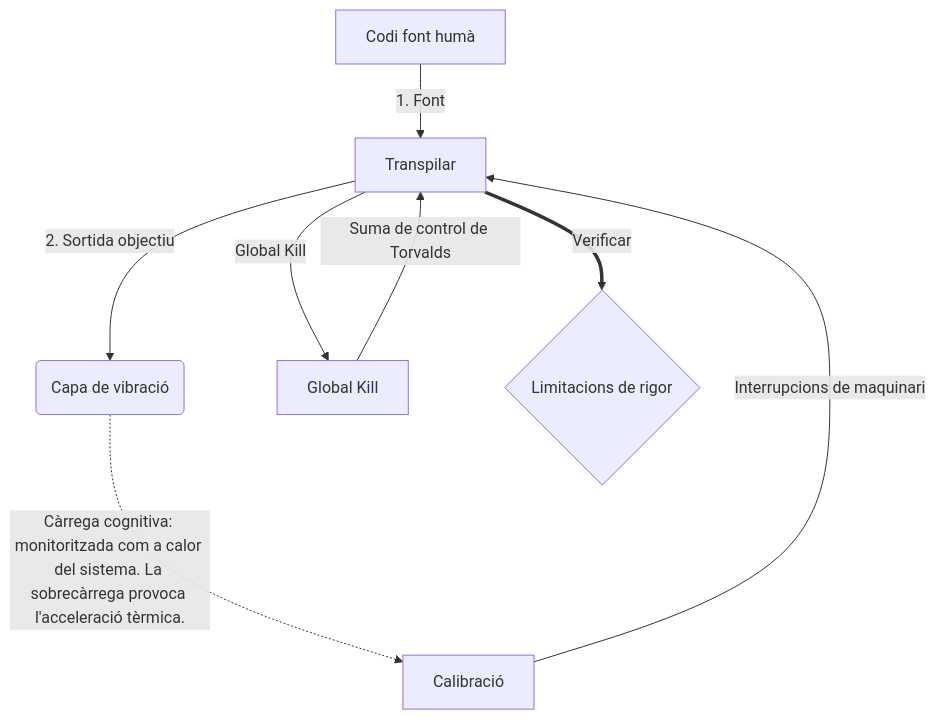
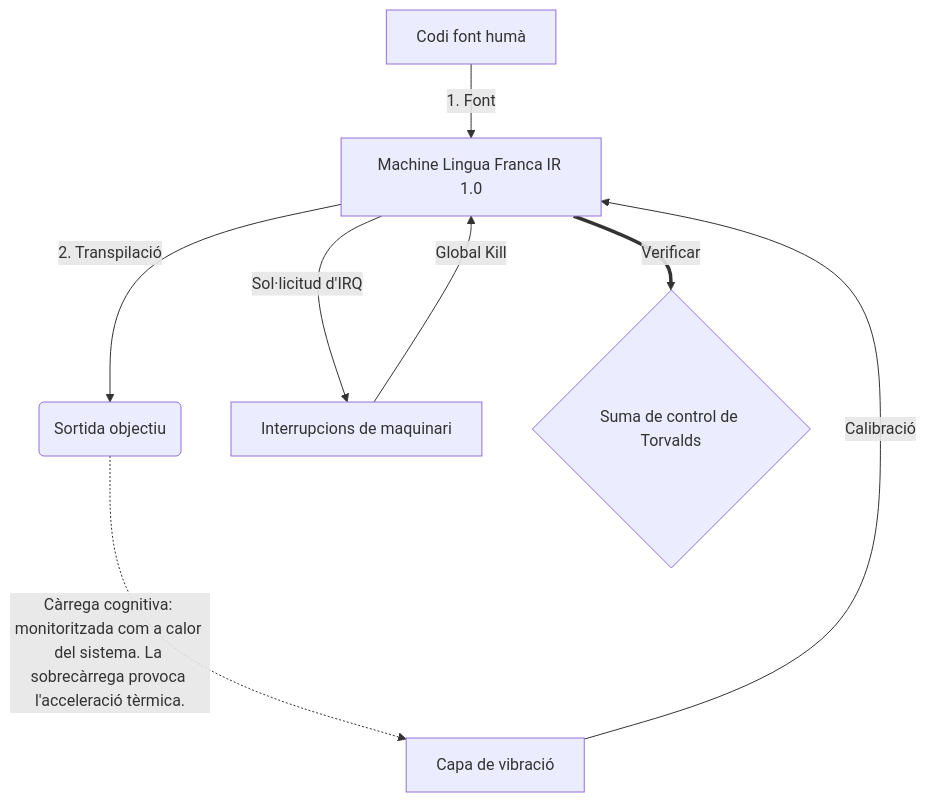
Before and after one commit to 0compute/machine: the diagram in README.hacker.ca.md, drawn with Mermaid. The commit also changed other lines of this file and 103 other files, not shown here.

````diff
--- a/README.hacker.ca.md
+++ b/README.hacker.ca.md
@@ -93,10 +93,10 @@
 ```mermaid
 graph TD
-    A[Codi font humà] -->|1. Font| B[Transpilar]
-    B -->|2. Sortida objectiu| C(Capa de vibració)
-    C -.->|Càrrega cognitiva: monitoritzada com a calor del sistema. La sobrecàrrega provoca l'acceleració tèrmica.| G[Calibració]
-    G -->|Interrupcions de maquinari| B
-    B -->|Global Kill| H[Global Kill]
-    H -->|Suma de control de Torvalds| B
-    B == Verificar ==> I{Limitacions de rigor}
+    A[Codi font humà] -->|1. Font| B[Machine Lingua Franca IR 1.0]
+    B -->|2. Transpilació| C(Sortida objectiu)
+    C -.->|Càrrega cognitiva: monitoritzada com a calor del sistema. La sobrecàrrega provoca l'acceleració tèrmica.| G[Capa de vibració]
+    G -->|Calibració| B
+    B -->|Sol·licitud d'IRQ| H[Interrupcions de maquinari]
+    H -->|Global Kill| B
+    B == Verificar ==> I{Suma de control de Torvalds}
 ```
````
